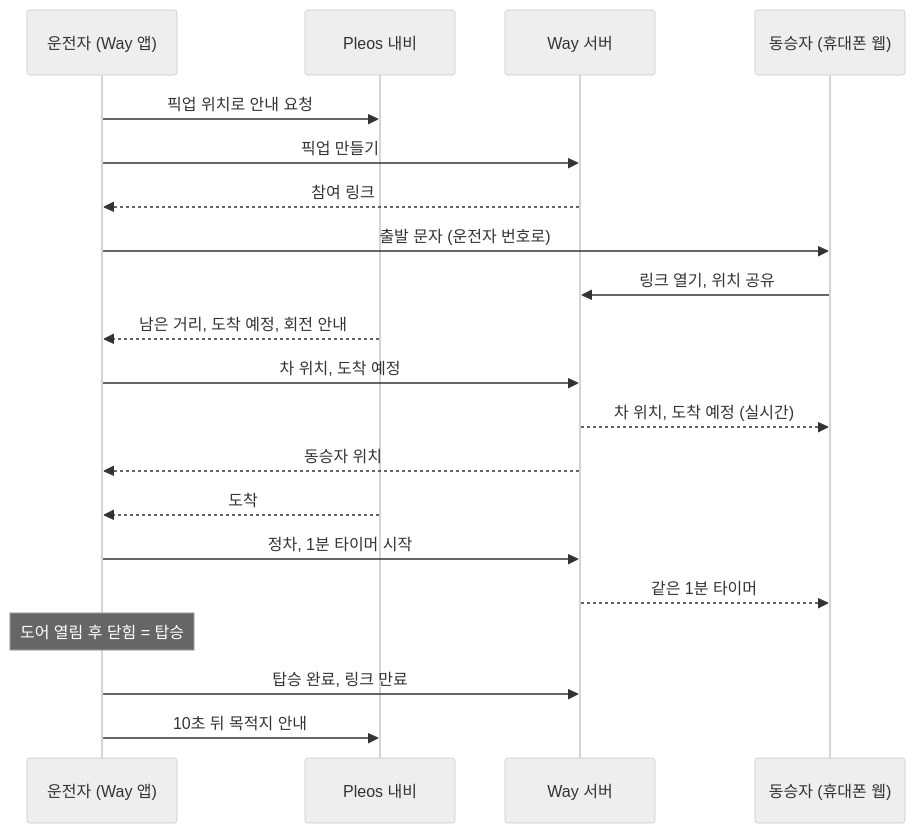
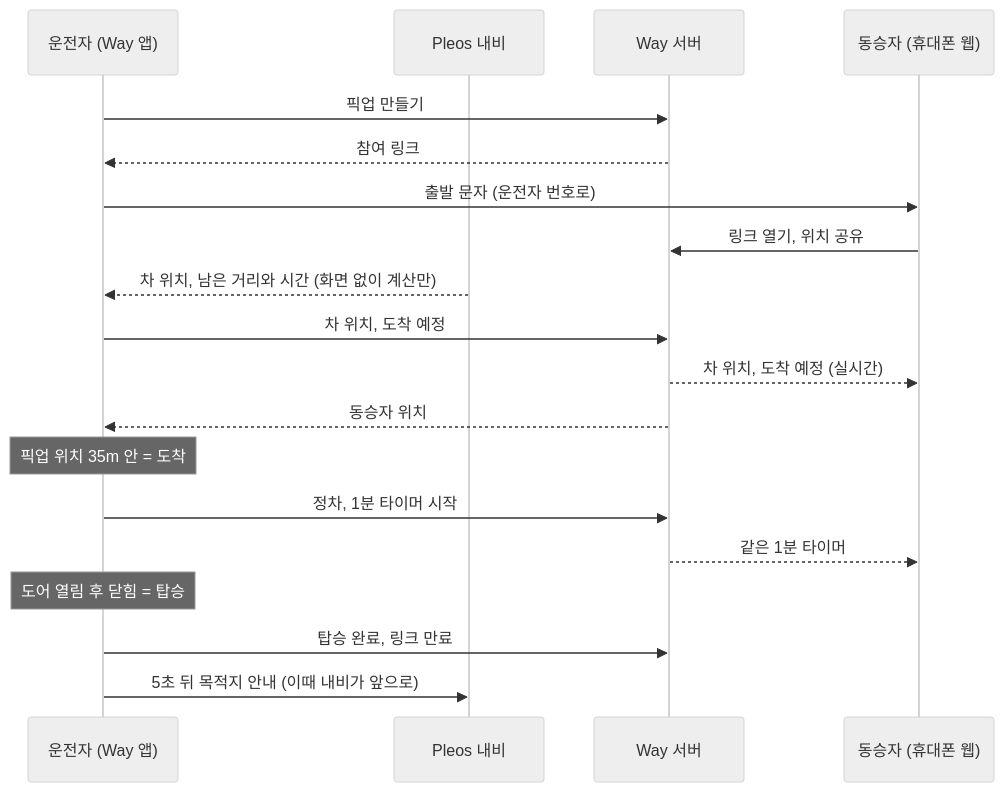
The diagram in README.md (hyundai-way-team/front), drawn with Mermaid (neutral theme) before and after one commit. The commit also changed other lines of this file and 7 other files, not shown here.

````diff
--- a/README.md
+++ b/README.md
@@ -75,22 +75,21 @@
 ```mermaid
 sequenceDiagram
     participant D as 운전자 (Way 앱)
     participant N as Pleos 내비
     participant S as Way 서버
     participant P as 동승자 (휴대폰 웹)
-    D->>N: 픽업 위치로 안내 요청
     D->>S: 픽업 만들기
     S-->>D: 참여 링크
     D->>P: 출발 문자 (운전자 번호로)
     P->>S: 링크 열기, 위치 공유
-    N-->>D: 남은 거리, 도착 예정, 회전 안내
+    N-->>D: 차 위치, 남은 거리와 시간 (화면 없이 계산만)
     D->>S: 차 위치, 도착 예정
     S-->>P: 차 위치, 도착 예정 (실시간)
     S-->>D: 동승자 위치
-    N-->>D: 도착
+    Note over D: 픽업 위치 35m 안 = 도착
     D->>S: 정차, 1분 타이머 시작
     S-->>P: 같은 1분 타이머
     Note over D: 도어 열림 후 닫힘 = 탑승
     D->>S: 탑승 완료, 링크 만료
-    D->>N: 10초 뒤 목적지 안내
+    D->>N: 5초 뒤 목적지 안내 (이때 내비가 앞으로)
 ```
````
